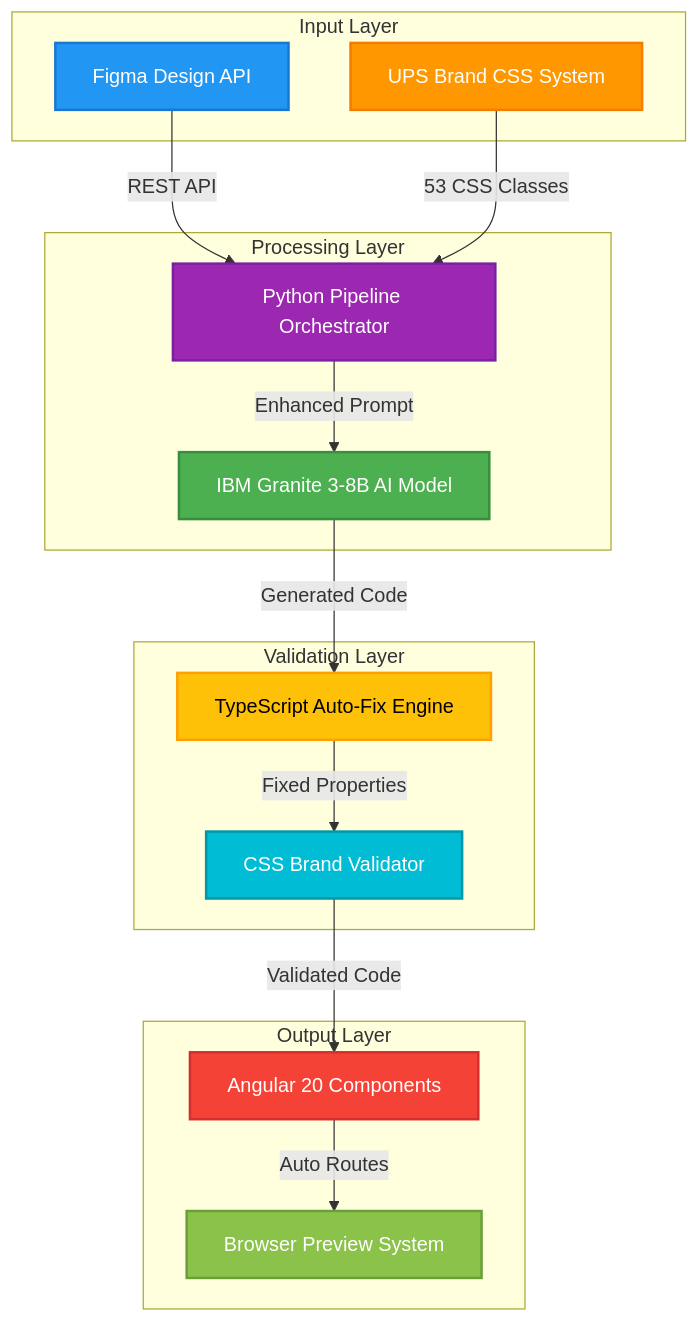
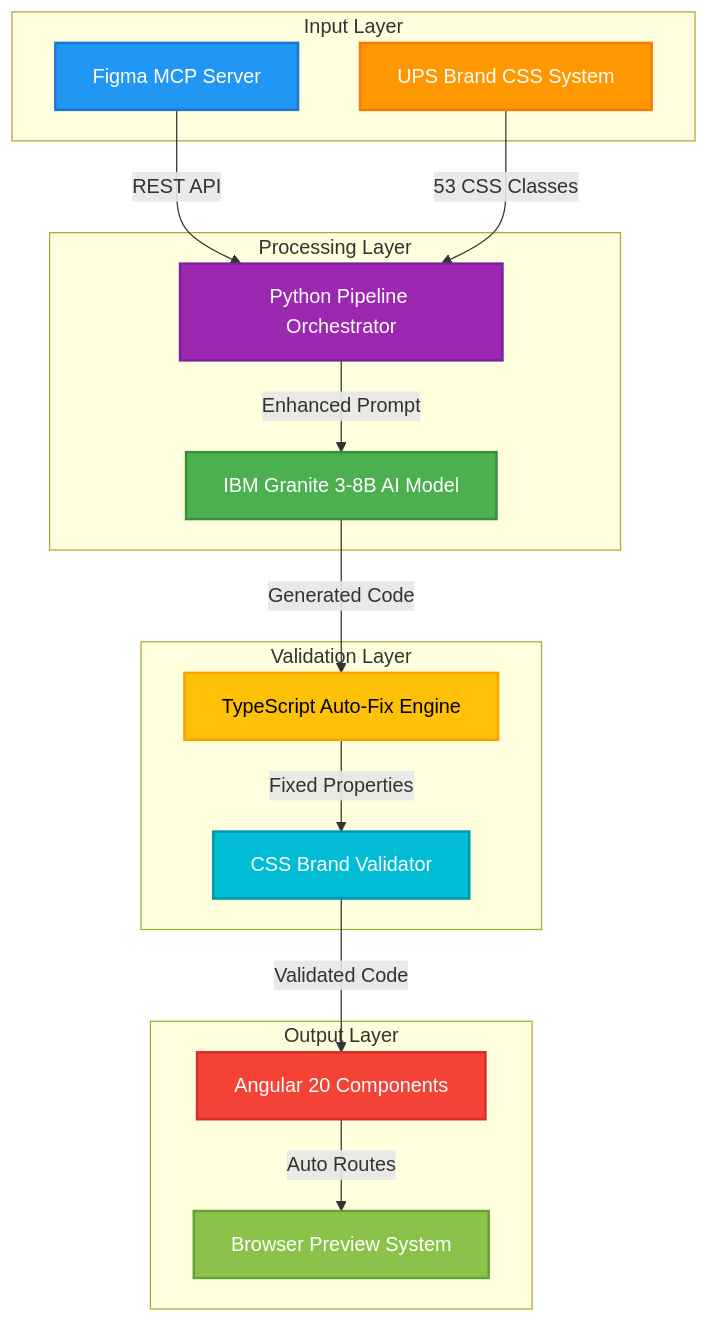
One commit to jainshauryaups/FIGMA-UX-TO-UI-CODE-GENERATOR changed the first of 6 diagrams in README.md. Above: the diagram before and after it, drawn with Mermaid. The commit also changed other lines of this file and 1094 other files, not shown here.

````diff
--- a/README.md
+++ b/README.md
@@ -64,39 +64,39 @@
 ```mermaid
 graph TB
     subgraph "Input Layer"
-        A[Figma Design API]
+        A[Figma MCP Server]
         B[UPS Brand CSS System]
     end
     
     subgraph "Processing Layer"
         C[Python Pipeline Orchestrator]
         D[IBM Granite 3-8B AI Model]
     end
     
     subgraph "Validation Layer"
         E[TypeScript Auto-Fix Engine]
         F[CSS Brand Validator]
     end
     
     subgraph "Output Layer"
         G[Angular 20 Components]
         H[Browser Preview System]
     end
     
     A -->|REST API| C
     B -->|53 CSS Classes| C
     C -->|Enhanced Prompt| D
     D -->|Generated Code| E
     E -->|Fixed Properties| F
     F -->|Validated Code| G
     G -->|Auto Routes| H
     
     style A fill:#2196F3,stroke:#1976D2,stroke-width:2px,color:#fff
     style B fill:#FF9800,stroke:#F57C00,stroke-width:2px,color:#fff
     style C fill:#9C27B0,stroke:#7B1FA2,stroke-width:2px,color:#fff
     style D fill:#4CAF50,stroke:#388E3C,stroke-width:2px,color:#fff
     style E fill:#FFC107,stroke:#FFA000,stroke-width:2px,color:#000
     style F fill:#00BCD4,stroke:#0097A7,stroke-width:2px,color:#fff
     style G fill:#F44336,stroke:#D32F2F,stroke-width:2px,color:#fff
     style H fill:#8BC34A,stroke:#689F38,stroke-width:2px,color:#fff
 ```
````
